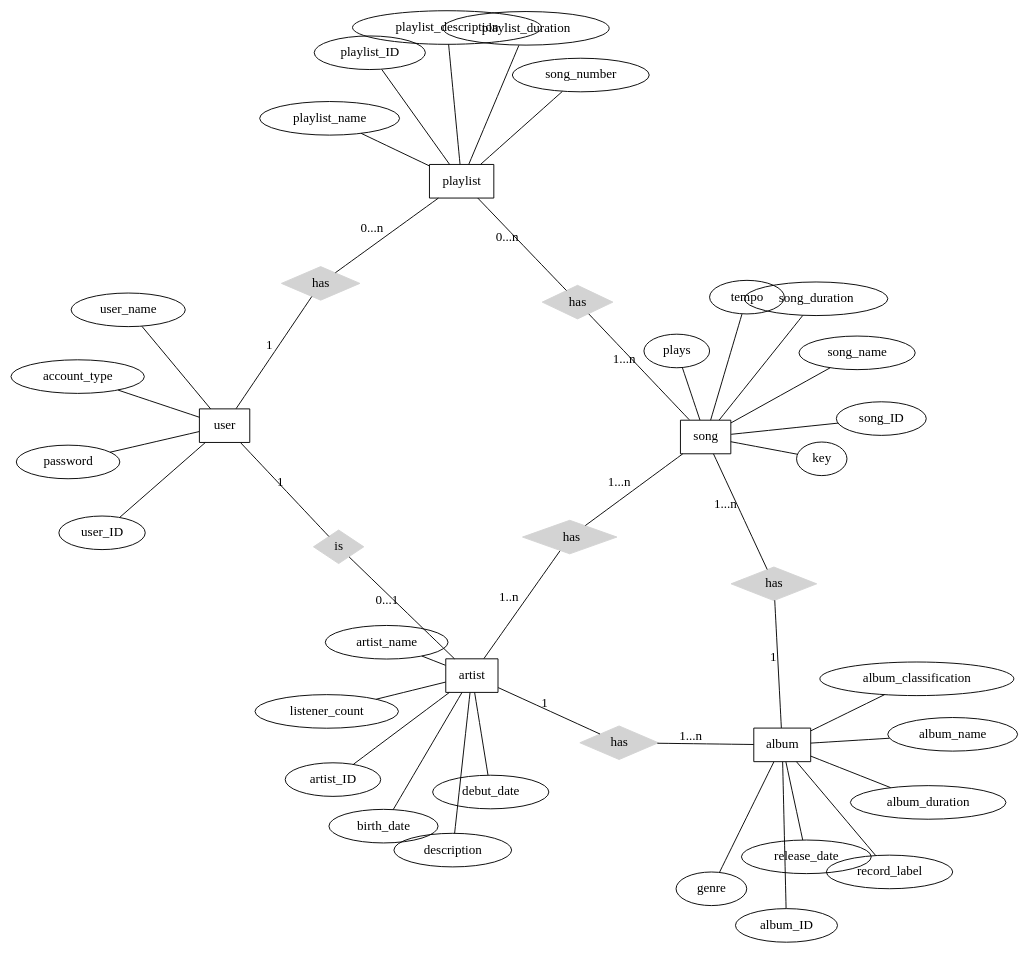
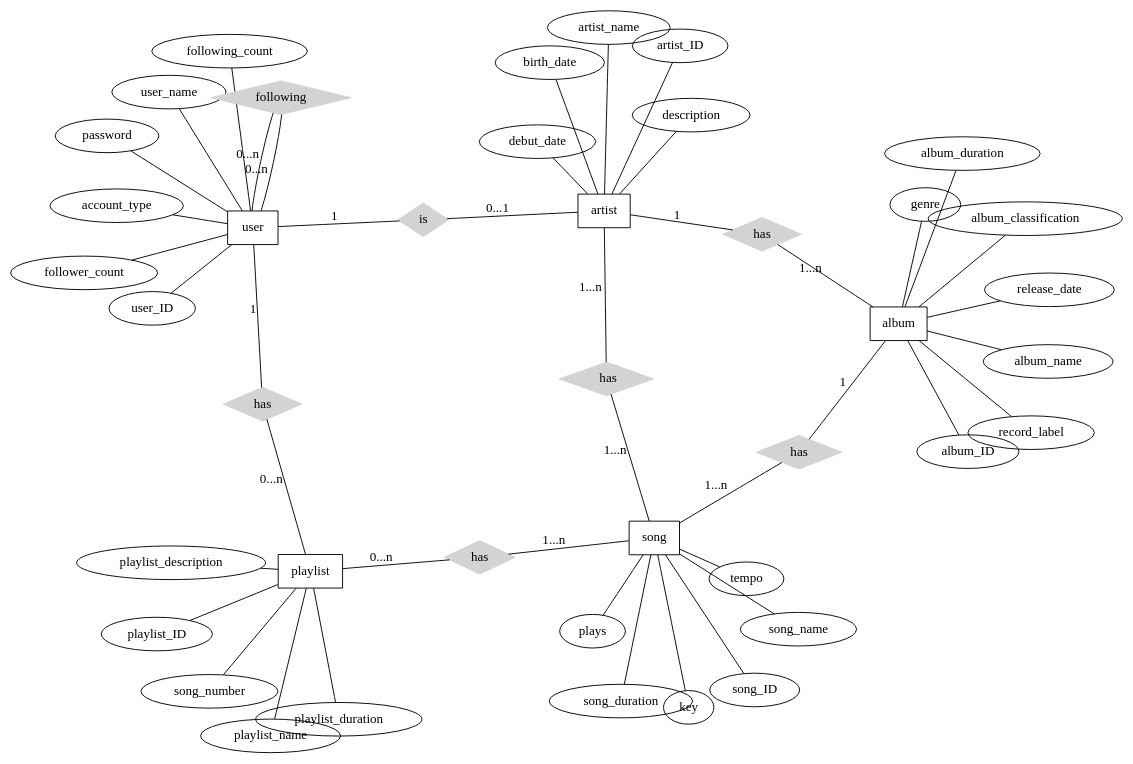
Before and after one commit to cmsc-vcu/cmsc508-fa2023-prj-music-database-group32: the first of 2 diagrams in reports/Deliverable4.qmd, drawn with Graphviz. The commit also changed other lines of this file and 1 other file, not shown here.

Commit message:
added functional dependencies and edited ER diagrams

````diff
--- a/reports/Deliverable4.qmd
+++ b/reports/Deliverable4.qmd
@@ -34,61 +16,65 @@
 ```{dot}
 graph ER {
     layout=neato;
     scale=2;
     node [shape=box]; playlist, album, song, user, artist
-    node [shape=ellipse]; playlist_ID, playlist_name, user, description, album_ID, album_name, record_label, genre, song_ID, song_name, tempo, key, user_ID, user_name, password, account_type, listener_count, plays, song_number, album_classification, playlist_description, album_duration, song_duration, release_date, birth_date, debut_date,playlist_duration, artist_name, artist_ID
-    node [shape=diamond,style=filled,color=lightgrey]; has, "has ",is, " has", " has ", "  has "
+    node [shape=ellipse]; playlist_ID, playlist_name, user, description, album_ID, album_name, record_label, genre, song_ID, song_name, tempo, key, user_ID, user_name, password, account_type, plays, song_number, album_classification, playlist_description, album_duration, song_duration, release_date, birth_date, debut_date,playlist_duration, artist_name, artist_ID, follower_count, following_count
+    node [shape=diamond,style=filled,color=lightgrey]; has, "has ",is, " has", " has ", "  has ", following
     
     playlist -- has [label="0...n",len=1.00]
     has -- song [label="1...n",len=1.00]
 
     playlist -- "has " [label="0...n",len=1.00]
     "has " -- user [label="1",len=1.00]
 
     artist -- is [label="0...1",len=1.00]
     is -- user [label="1",len=1.00]
 
     artist -- " has" [label="1",len=1.00]
     " has" -- album [label="1...n",len=1.00]
 
     album -- " has " [label="1",len=1.00]
     " has " -- song [label="1...n",len=1.00]
 
-    artist -- "  has " [label="1..n",len=1.00]
+    artist -- "  has " [label="1...n",len=1.00]
     "  has " -- song [label="1...n",len=1.00]
+
+    user -- following [label="0...n",len=1.00]
+    following -- user [label="0...n",len=1.00]
     
     playlist -- playlist_ID
     playlist -- playlist_name
     playlist -- song_number
     playlist -- playlist_description
     playlist -- playlist_duration
     
     album -- album_ID
     album -- record_label
     album -- album_classification
     album -- genre
     album -- album_name
     album -- album_duration
     album -- release_date
 
     song -- song_ID
     song -- song_name
     song -- tempo
     song -- key
     song -- plays
     song -- song_duration
 
     user -- user_ID
     user -- user_name
     user -- account_type
     user -- password
+    user -- follower_count
+    user -- following_count
 
     artist -- artist_ID
     artist -- description
-    artist -- listener_count
     artist -- birth_date
     artist -- debut_date
     artist -- artist_name
 
 } 
 ```
````
